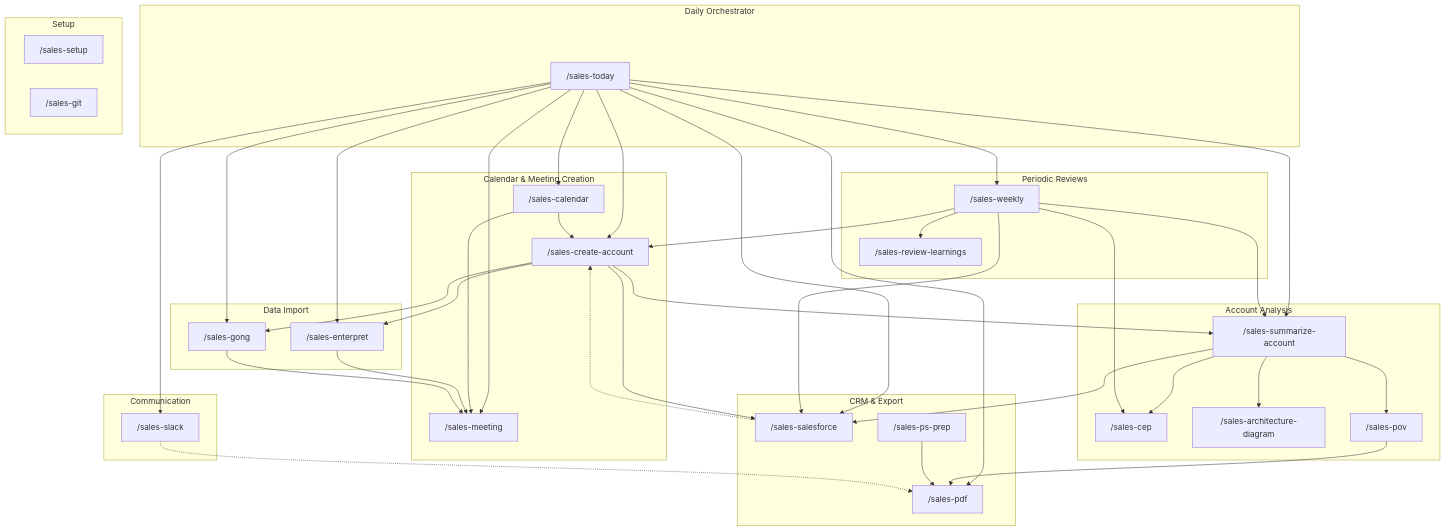
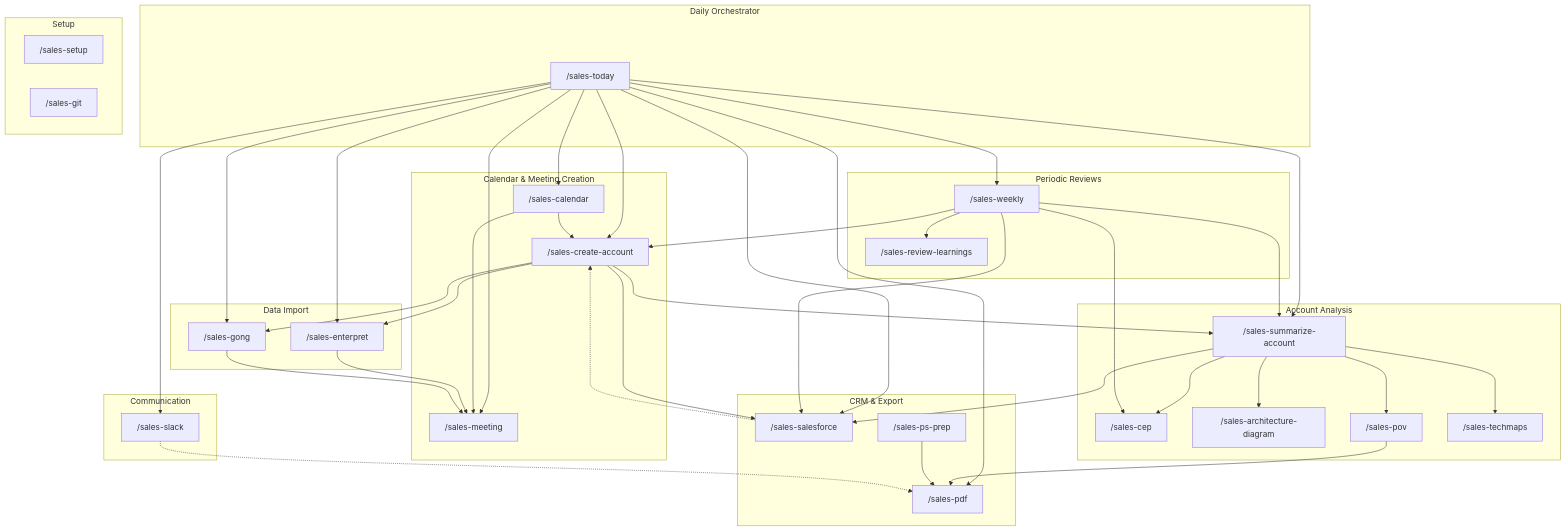
Before and after one commit to yeutterg/claude-code-sales-skills: the first of 3 diagrams in README.md, drawn with Mermaid. The commit also changed other lines of this file and 7 other files, not shown here.

First line of the commit message:
sync: add sales-techmaps + assorted skill updates

````diff
--- a/README.md
+++ b/README.md
@@ -179,77 +187,79 @@
 ```mermaid
 graph TD
     subgraph "Daily Orchestrator"
         today["/sales-today"]
     end
 
     subgraph "Calendar & Meeting Creation"
         calendar["/sales-calendar"]
         meeting["/sales-meeting"]
         create["/sales-create-account"]
     end
 
     subgraph "Data Import"
         enterpret["/sales-enterpret"]
         gong["/sales-gong"]
     end
 
     subgraph "Account Analysis"
         summarize["/sales-summarize-account"]
         cep["/sales-cep"]
         archdiag["/sales-architecture-diagram"]
         pov["/sales-pov"]
+        techmaps["/sales-techmaps"]
     end
 
     subgraph "CRM & Export"
         salesforce["/sales-salesforce"]
         pdf["/sales-pdf"]
         psprep["/sales-ps-prep"]
     end
 
     subgraph "Communication"
         slack["/sales-slack"]
     end
 
     subgraph "Periodic Reviews"
         weekly["/sales-weekly"]
         review["/sales-review-learnings"]
     end
 
     subgraph "Setup"
         setup["/sales-setup"]
         git["/sales-git"]
     end
 
     today --> calendar
     today --> meeting
     today --> enterpret
     today --> gong
     today --> summarize
     today --> salesforce
     today --> create
     today --> weekly
     today --> pdf
     today --> slack
 
     calendar --> meeting
     calendar --> create
     create --> salesforce
     create --> enterpret
     create --> gong
     create --> summarize
     enterpret --> meeting
     gong --> meeting
     summarize --> cep
     summarize --> archdiag
+    summarize --> techmaps
     summarize --> salesforce
     salesforce -.-> create
     weekly --> summarize
     weekly --> salesforce
     weekly --> cep
     weekly --> create
     weekly --> review
     summarize --> pov
     pov --> pdf
     psprep --> pdf
     slack -.-> pdf
 ```
````
